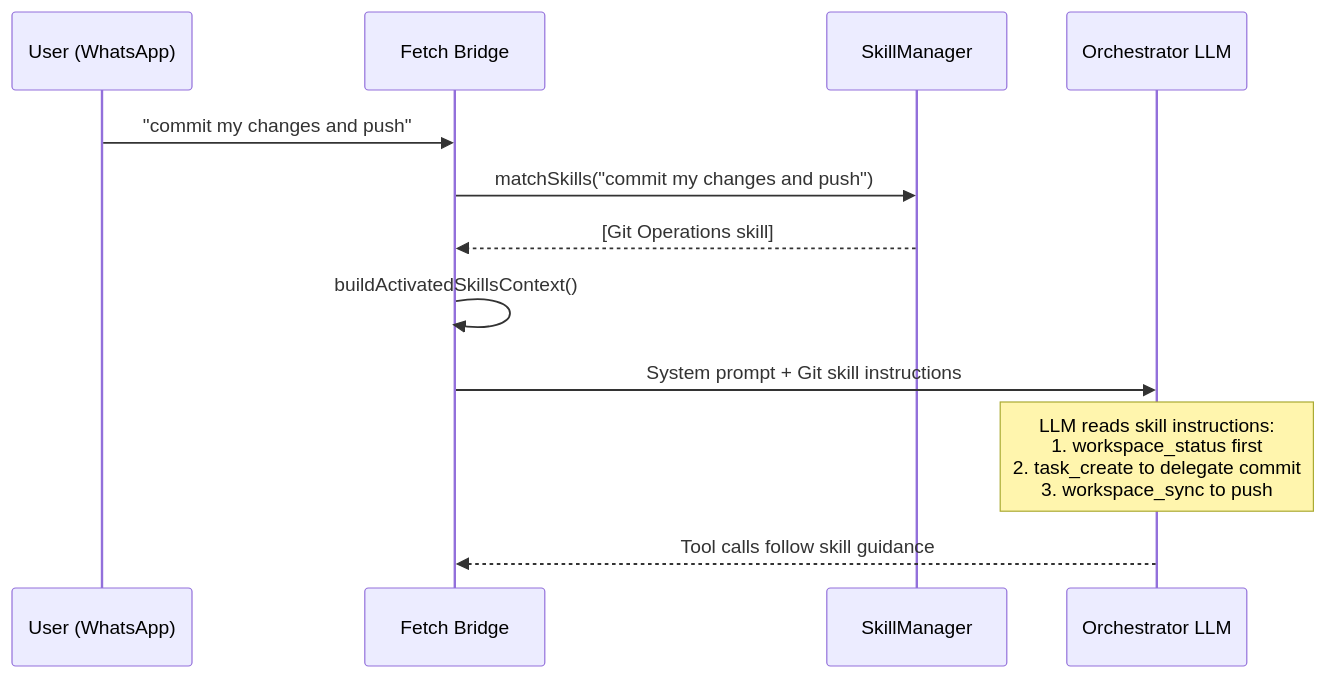
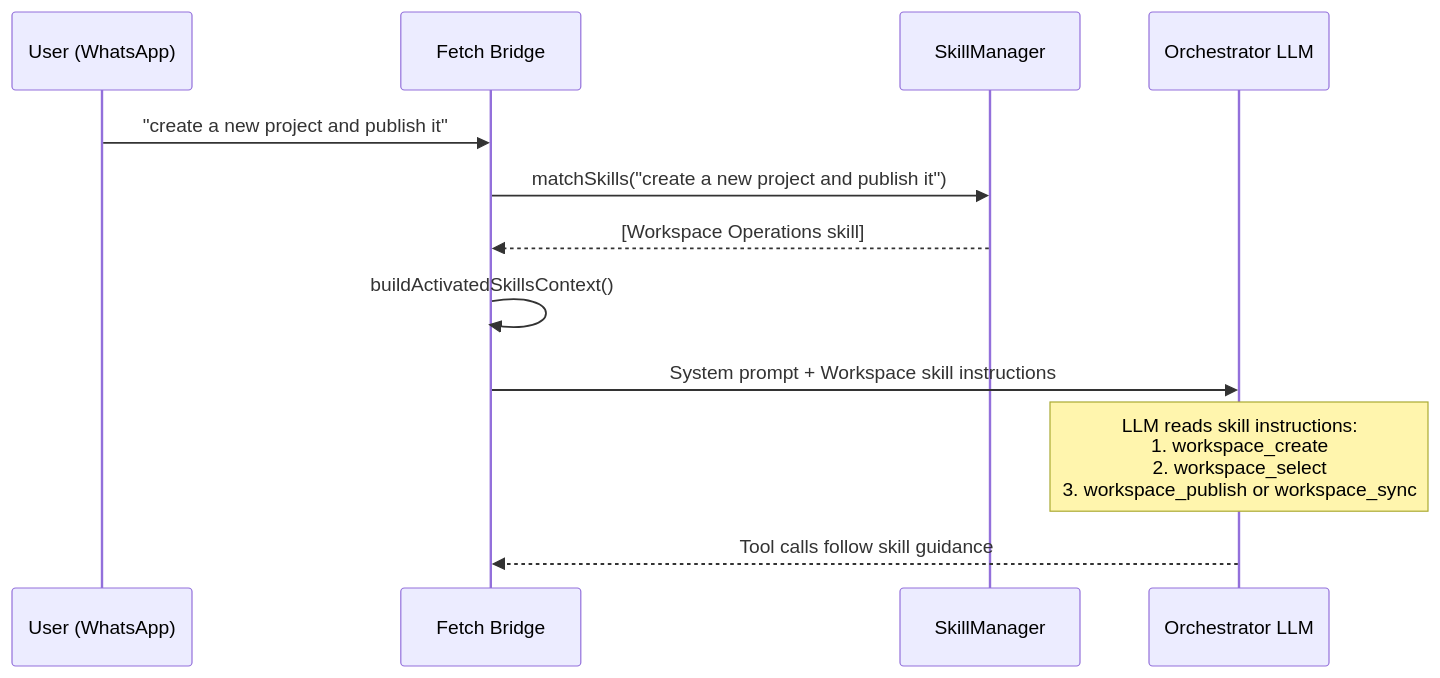
Before and after one commit to Traves-Theberge/Fetch: the diagram in docs/markdown/SKILLS_GUIDE.md, drawn with Mermaid. The commit also changed other lines of this file and 101 other files, not shown here.

Commit message:
docs: sync subsystem updates, skills alignment, and gap backlog

````diff
--- a/docs/markdown/SKILLS_GUIDE.md
+++ b/docs/markdown/SKILLS_GUIDE.md
@@ -7,15 +7,15 @@
 ```mermaid
 sequenceDiagram
     participant User as User (WhatsApp)
     participant Fetch as Fetch Bridge
     participant SM as SkillManager
     participant LLM as Orchestrator LLM
 
-    User->>Fetch: "commit my changes and push"
-    Fetch->>SM: matchSkills("commit my changes and push")
-    SM-->>Fetch: [Git Operations skill]
+    User->>Fetch: "create a new project and publish it"
+    Fetch->>SM: matchSkills("create a new project and publish it")
+    SM-->>Fetch: [Workspace Operations skill]
     Fetch->>Fetch: buildActivatedSkillsContext()
-    Fetch->>LLM: System prompt + Git skill instructions
-    Note over LLM: LLM reads skill instructions:<br/>1. workspace_status first<br/>2. task_create to delegate commit<br/>3. workspace_sync to push
+    Fetch->>LLM: System prompt + Workspace skill instructions
+    Note over LLM: LLM reads skill instructions:<br/>1. workspace_create<br/>2. workspace_select<br/>3. workspace_publish or workspace_sync
     LLM-->>Fetch: Tool calls follow skill guidance
 ```
````
